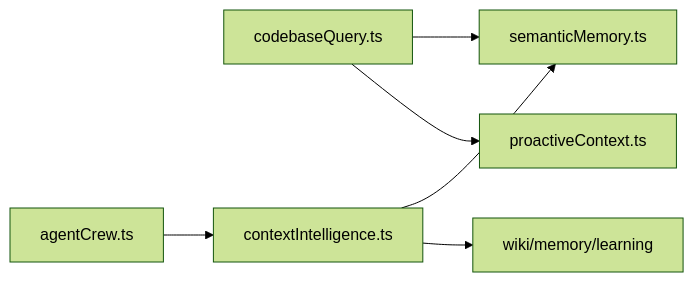
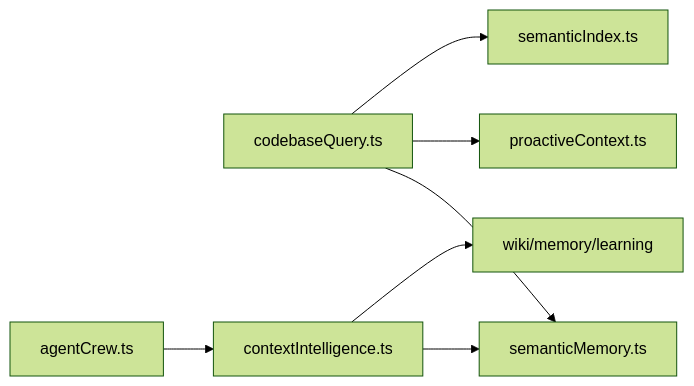
The eighth of 8 diagrams in .qoder/repowiki/zh/content/架构设计/代码库智能架构/代码库查询系统.md (sofate798/KodrixCode), drawn with Mermaid (forest theme) before and after one commit. The commit also changed other lines of this file and 4 other files, not shown here.

````diff
--- a/.qoder/repowiki/zh/content/架构设计/代码库智能架构/代码库查询系统.md
+++ b/.qoder/repowiki/zh/content/架构设计/代码库智能架构/代码库查询系统.md
@@ -340,8 +355,9 @@
 ```mermaid
 graph LR
 Q["codebaseQuery.ts"] --> SM["semanticMemory.ts"]
 Q --> PC["proactiveContext.ts"]
 CI["contextIntelligence.ts"] --> SM
 CI --> W["wiki/memory/learning"]
 AC["agentCrew.ts"] --> CI
+Q --> SI["semanticIndex.ts"]
 ```
````
